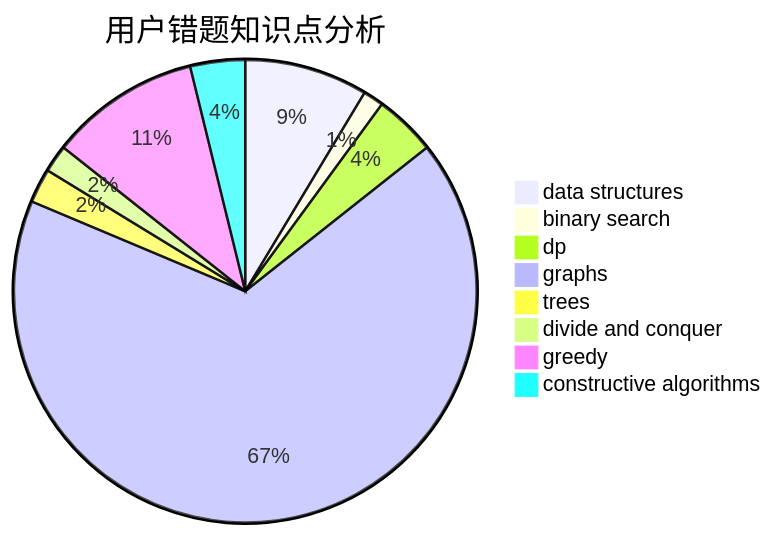
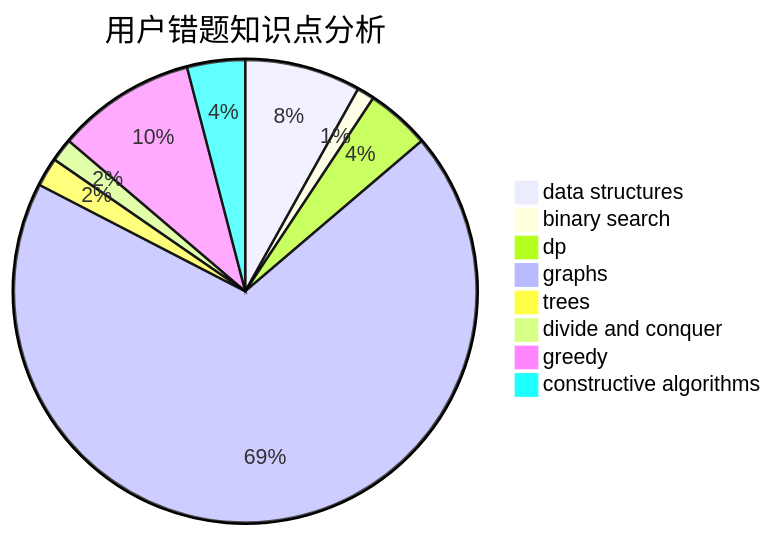
The third of 3 diagrams in docs/user/u300.md (sherpahu/cfrs.github.io), drawn with Mermaid before and after one commit. The commit also changed other lines of this file and 2770 other files, not shown here.

````diff
--- a/docs/user/u300.md
+++ b/docs/user/u300.md
@@ -36,11 +36,11 @@
 ```mermaid
 pie title 用户错题知识点分析
-    "data structures" :  18
+    "data structures" :  20
     "binary search" :  3
-    "dp" :  9
-    "graphs" :  140
+    "dp" :  11
+    "graphs" :  170
     "trees" :  5
     "divide and conquer" :  4
-    "greedy" :  22
-    "constructive algorithms" :  8
+    "greedy" :  24
+    "constructive algorithms" :  10
 ```
````
